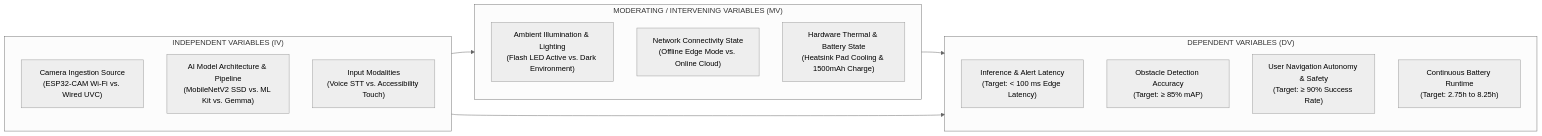
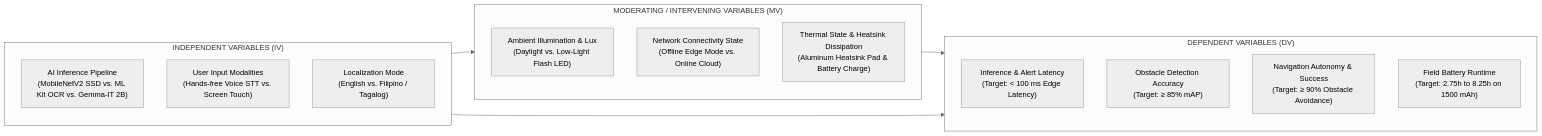
Before and after one commit to Thes-IS-IT/Easylens: the third of 3 diagrams in docs/architecture/conceptual_framework.md, drawn with Mermaid (neutral theme). The commit also changed other lines of this file and 2 other files, not shown here.

Commit message:
docs: simplify conceptual framework to match Eraser.io IPO model, remove Wired UVC/USB-OTG, and update LLM models to Gemma-IT 2B & Gemini 3.6 Flash (Low)

````diff
--- a/docs/architecture/conceptual_framework.md
+++ b/docs/architecture/conceptual_framework.md
@@ -193,25 +174,25 @@
 ```mermaid
 flowchart LR
     subgraph IV ["INDEPENDENT VARIABLES (IV)"]
-        IV1["Camera Ingestion Source\n(ESP32-CAM Wi-Fi vs. Wired UVC)"]
-        IV2["AI Model Architecture & Pipeline\n(MobileNetV2 SSD vs. ML Kit vs. Gemma)"]
-        IV3["Input Modalities\n(Voice STT vs. Accessibility Touch)"]
+        IV1["AI Inference Pipeline\n(MobileNetV2 SSD vs. ML Kit OCR vs. Gemma-IT 2B)"]
+        IV2["User Input Modalities\n(Hands-free Voice STT vs. Screen Touch)"]
+        IV3["Localization Mode\n(English vs. Filipino / Tagalog)"]
     end
 
     subgraph MV ["MODERATING / INTERVENING VARIABLES (MV)"]
-        MV1["Ambient Illumination & Lighting\n(Flash LED Active vs. Dark Environment)"]
+        MV1["Ambient Illumination & Lux\n(Daylight vs. Low-Light Flash LED)"]
         MV2["Network Connectivity State\n(Offline Edge Mode vs. Online Cloud)"]
-        MV3["Hardware Thermal & Battery State\n(Heatsink Pad Cooling & 1500mAh Charge)"]
+        MV3["Thermal State & Heatsink Dissipation\n(Aluminum Heatsink Pad & Battery Charge)"]
     end
 
     subgraph DV ["DEPENDENT VARIABLES (DV)"]
         DV1["Inference & Alert Latency\n(Target: < 100 ms Edge Latency)"]
         DV2["Obstacle Detection Accuracy\n(Target: ≥ 85% mAP)"]
-        DV3["User Navigation Autonomy & Safety\n(Target: ≥ 90% Success Rate)"]
-        DV4["Continuous Battery Runtime\n(Target: 2.75h to 8.25h)"]
+        DV3["Navigation Autonomy & Success\n(Target: ≥ 90% Obstacle Avoidance)"]
+        DV4["Field Battery Runtime\n(Target: 2.75h to 8.25h on 1500 mAh)"]
     end
 
     IV --> MV
     MV --> DV
     IV --> DV
 ```
````
